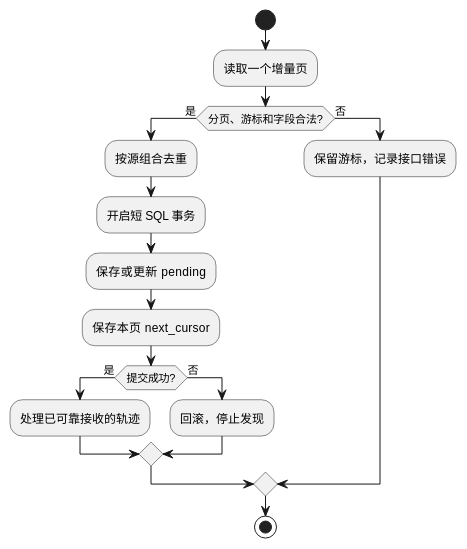
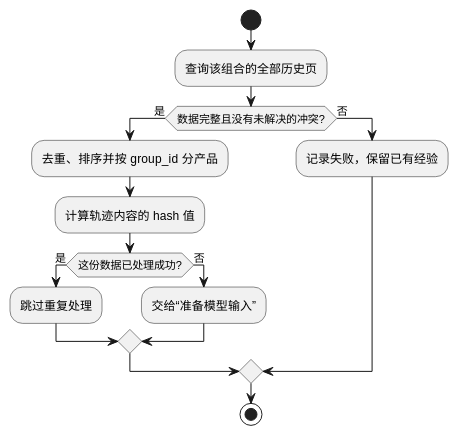
The ninth of 15 diagrams in docs/调测轨迹经验提取设计文档.md (yf990848-droid/experience), drawn with PlantUML before and after one commit. The commit also changed other lines of this file, not shown here.

Commit message:
docs: 简化设计文档用词并统一业务模块流程图

````diff
--- a/docs/调测轨迹经验提取设计文档.md
+++ b/docs/调测轨迹经验提取设计文档.md
@@ -344,20 +334,18 @@
 ```plantuml
 @startuml
 start
-:读取一个增量页;
-if (分页、游标和字段合法?) then (是)
-  :按源组合去重;
-  :开启短 SQL 事务;
-  :保存或更新 pending;
-  :保存本页 next_cursor;
-  if (提交成功?) then (是)
-    :处理已可靠接收的轨迹;
+:查询该组合的全部历史页;
+if (数据完整且没有未解决的冲突?) then (是)
+  :去重、排序并按 group_id 分产品;
+  :计算轨迹内容的 hash 值;
+  if (这份数据已处理成功?) then (是)
+    :跳过重复处理;
   else (否)
-    :回滚，停止发现;
+    :交给“准备模型输入”;
   endif
 else (否)
-  :保留游标，记录接口错误;
+  :记录失败，保留已有经验;
 endif
 stop
 @enduml
 ```
````
